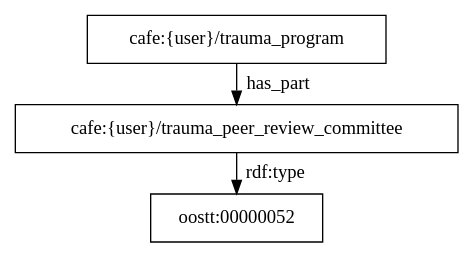
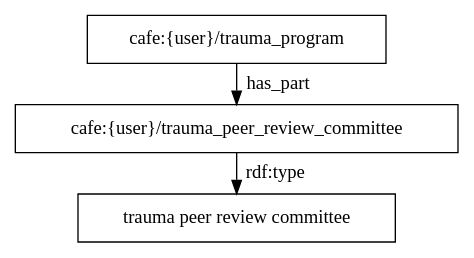
Before and after one commit to utecht/dideo-server: the diagram in cafe/graphs/11.dot, drawn with Graphviz. The commit also changed 20 other files, not shown here.

Commit message:
more graph syntax

```diff
--- a/cafe/graphs/11.dot
+++ b/cafe/graphs/11.dot
@@ -1,5 +1,5 @@
 digraph g { node [shape=rectangle];
 graph [splines=true, nodesep=.5, ranksep=0, overlap=false];
 "cafe:{user}/trauma_program" -> "cafe:{user}/trauma_peer_review_committee" [label="has_part"]
-"cafe:{user}/trauma_peer_review_committee" -> "oostt:00000052" [label="rdf:type"]
+"cafe:{user}/trauma_peer_review_committee" -> "trauma peer review committee" [label="rdf:type"]
 }
```
